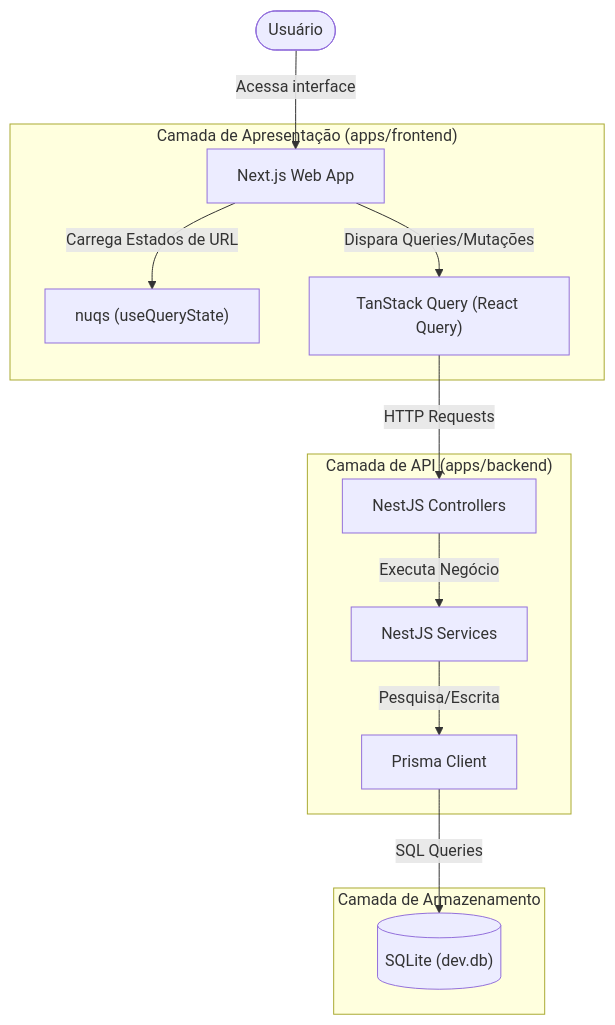
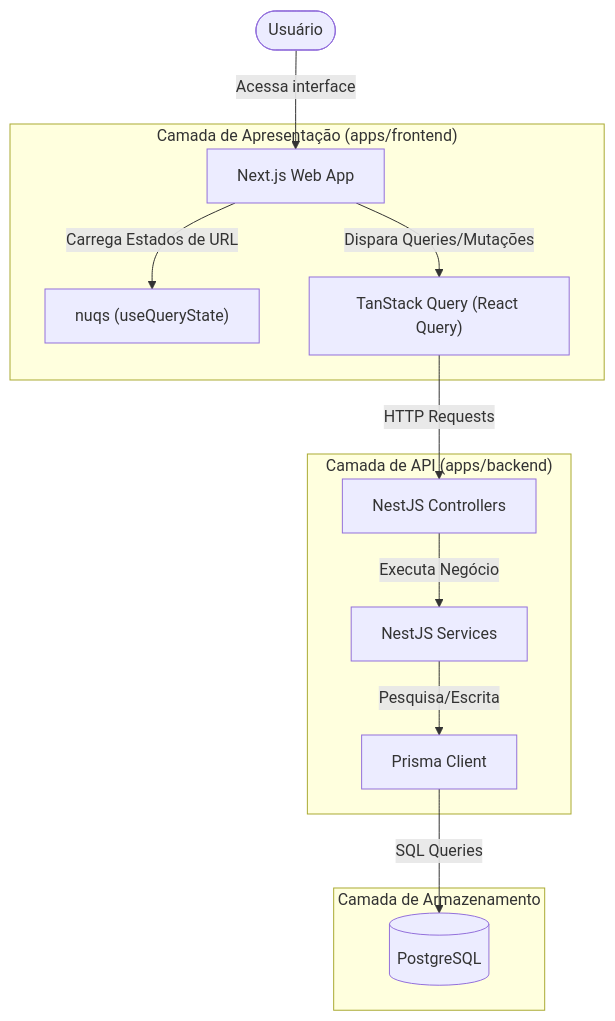
One commit to gui-bus/Scout changed the diagram in docs/architecture.md. Above: the diagram before and after it, drawn with Mermaid. The commit also changed other lines of this file and 4 other files, not shown here.

````diff
--- a/docs/architecture.md
+++ b/docs/architecture.md
@@ -28,19 +28,19 @@
 ```mermaid
 graph TD
     User([Usuário]) -->|Acessa interface| NextJS["Next.js Web App"]
     
     subgraph Frontend ["Camada de Apresentação (apps/frontend)"]
         NextJS -->|Carrega Estados de URL| Nuqs["nuqs (useQueryState)"]
         NextJS -->|Dispara Queries/Mutações| TanStack["TanStack Query (React Query)"]
     end
     
     subgraph Backend ["Camada de API (apps/backend)"]
         TanStack -->|HTTP Requests| NestController["NestJS Controllers"]
         NestController -->|Executa Negócio| NestService["NestJS Services"]
         NestService -->|Pesquisa/Escrita| Prisma["Prisma Client"]
     end
     
     subgraph DB ["Camada de Armazenamento"]
-        Prisma -->|SQL Queries| SQLite[("SQLite (dev.db)")]
+        Prisma -->|SQL Queries| PostgreSQL[("PostgreSQL")]
     end
 ```
````
